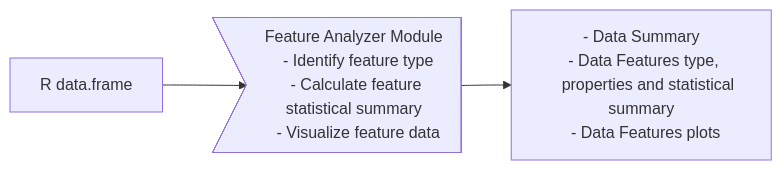
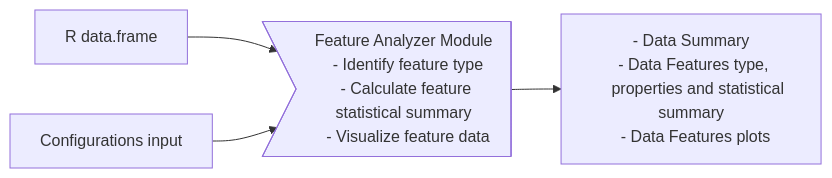
The diagram in statistics_shiny_modules.qmd (MohammedFCIS/periscope2-book), drawn with Mermaid before and after one commit. The commit also changed other lines of this file, not shown here.

Commit message:
- Added module input section

````diff
--- a/statistics_shiny_modules.qmd
+++ b/statistics_shiny_modules.qmd
@@ -22,13 +22,15 @@
 ```{mermaid}
 %%| fig-cap: "Figure 2.1: Feature Analyzer Module (FAM) Objective"
 %%| fig-width: 8 
+%%| label: fig-2_1
 flowchart LR
-  A[R data.frame] --> B>"Feature Analyzer Module
+  A[R data.frame] --> C>"Feature Analyzer Module
   - Identify feature type
   - Calculate feature statistical summary
   - Visualize feature data"]
-  B --> C["- Data Summary
+  B[Configurations input] --> C
+  C --> D["- Data Summary
   - Data Features type, 
     properties and statistical summary
   - Data Features plots"]
 ```
````
